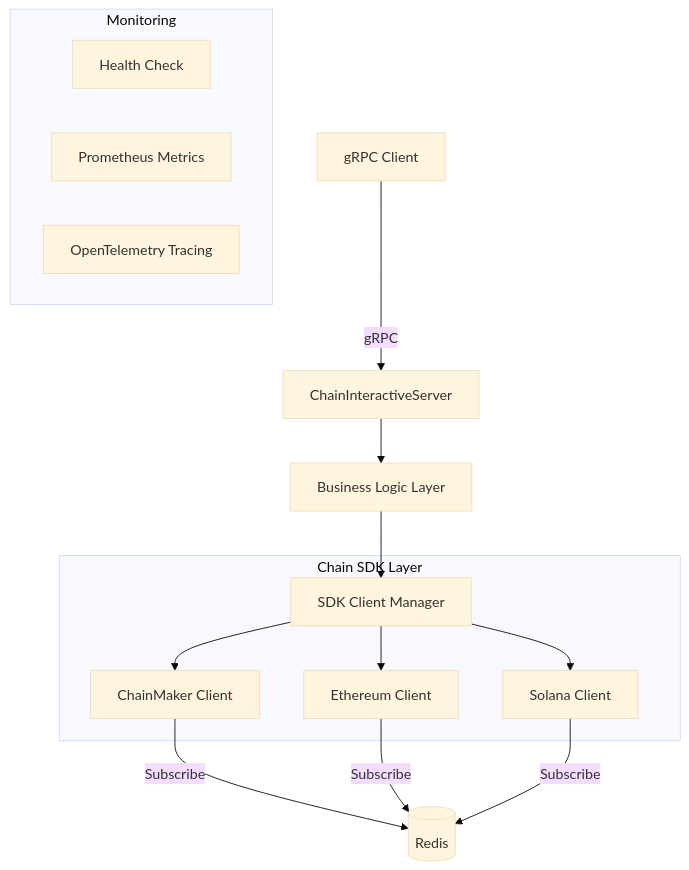
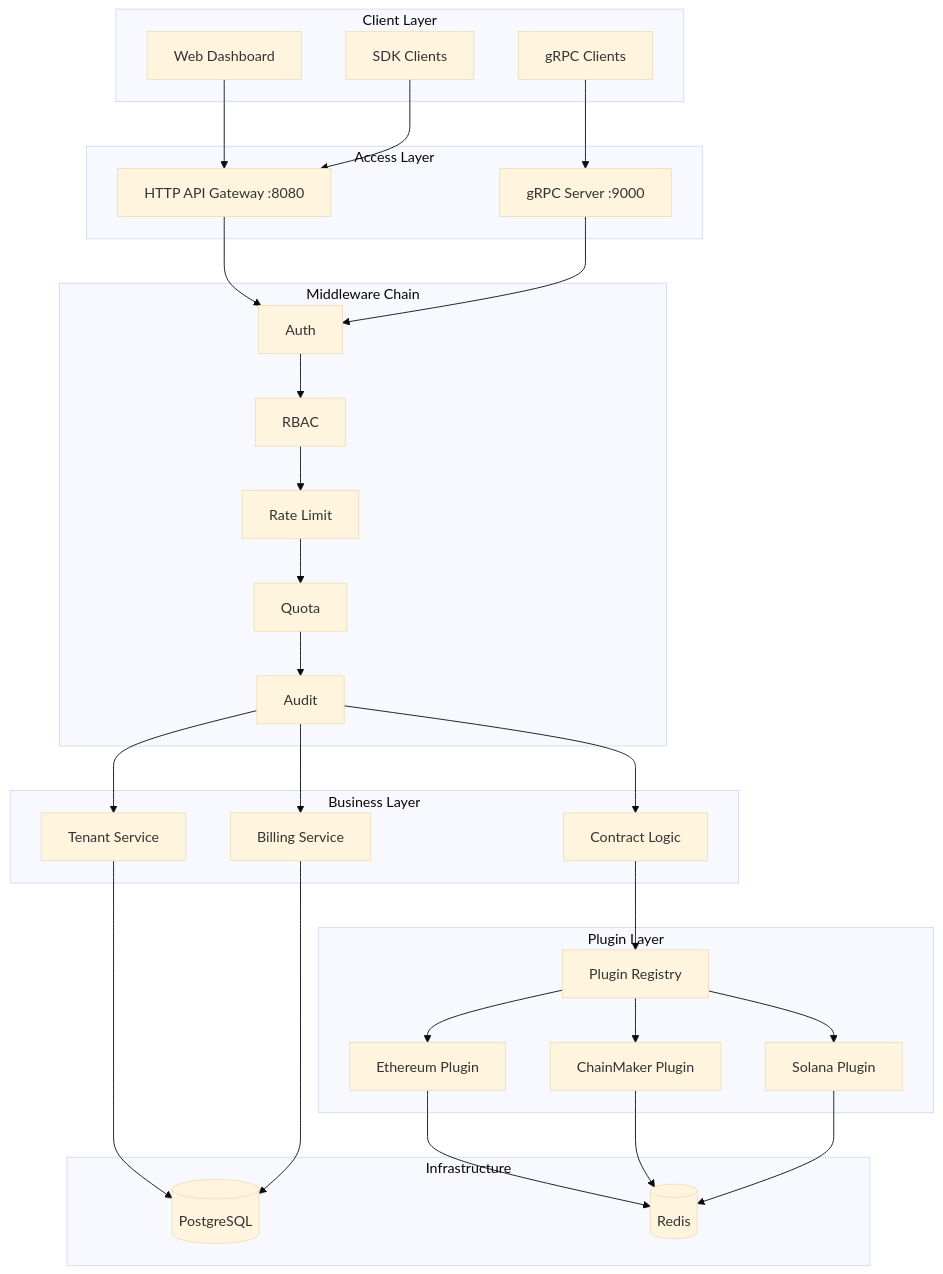
Before and after one commit to jackz-jones/blockchain-interactive-service: the diagram in README.md, drawn with Mermaid (base theme). The commit also changed other lines of this file and 7 other files, not shown here.

````diff
--- a/README.md
+++ b/README.md
@@ -33,22 +43,53 @@
 ```mermaid
 graph TB
-    Client[gRPC Client] -->|gRPC| Server[ChainInteractiveServer]
-    Server --> Logic[Business Logic Layer]
-    Logic --> SDKClient[SDK Client Manager]
-    
-    subgraph "Chain SDK Layer"
-        SDKClient --> ChainMaker[ChainMaker Client]
-        SDKClient --> Ethereum[Ethereum Client]
-        SDKClient --> Solana[Solana Client]
+    subgraph "Client Layer"
+        Dashboard[Web Dashboard]
+        SDK[SDK Clients]
+        GRPC[gRPC Clients]
     end
-    
-    ChainMaker -->|Subscribe| Redis[(Redis)]
-    Ethereum -->|Subscribe| Redis
-    Solana -->|Subscribe| Redis
-    
-    subgraph "Monitoring"
-        Health[Health Check]
-        Metrics[Prometheus Metrics]
-        Tracing[OpenTelemetry Tracing]
+
+    subgraph "Access Layer"
+        GW[HTTP API Gateway :8080]
+        GS[gRPC Server :9000]
     end
+
+    subgraph "Middleware Chain"
+        AUTH[Auth] --> RBAC2[RBAC] --> RL[Rate Limit] --> QT[Quota] --> AD[Audit]
+    end
+
+    subgraph "Business Layer"
+        TS[Tenant Service]
+        BS[Billing Service]
+        CL[Contract Logic]
+    end
+
+    subgraph "Plugin Layer"
+        PR[Plugin Registry]
+        EP[Ethereum Plugin]
+        CP[ChainMaker Plugin]
+        SP[Solana Plugin]
+    end
+
+    subgraph "Infrastructure"
+        PG[(PostgreSQL)]
+        RD[(Redis)]
+    end
+
+    Dashboard --> GW
+    SDK --> GW
+    GRPC --> GS
+    GW --> AUTH
+    GS --> AUTH
+    AD --> TS
+    AD --> BS
+    AD --> CL
+    CL --> PR
+    PR --> EP
+    PR --> CP
+    PR --> SP
+    TS --> PG
+    BS --> PG
+    EP --> RD
+    CP --> RD
+    SP --> RD
 ```
````
